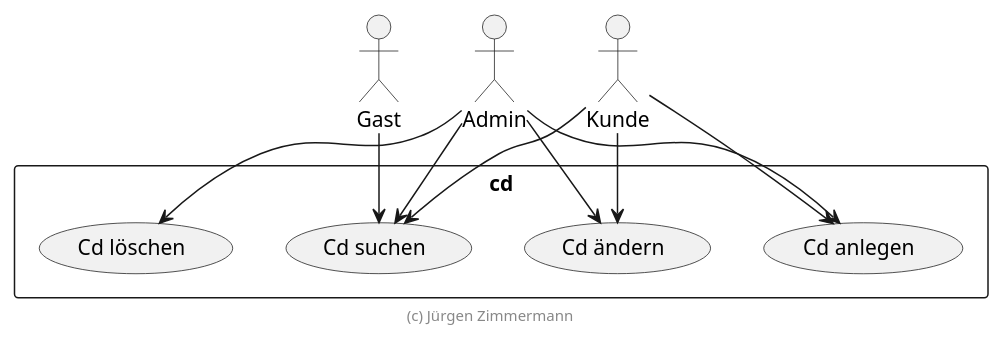
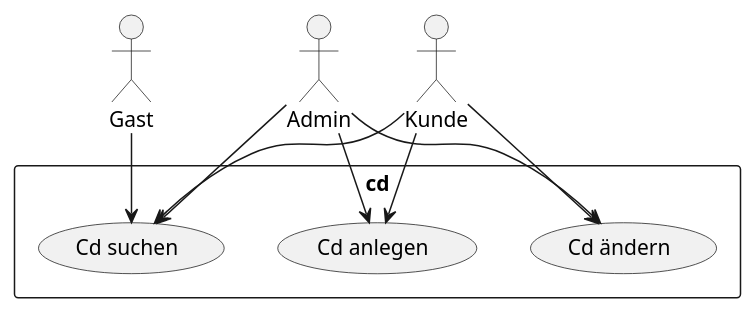
Before and after one commit to abda1014/cd: the diagram in .extras/doc/projekthandbuch/use-cases.plantuml, drawn with PlantUML. The commit also changed 39 other files, not shown here.

```diff
--- a/.extras/doc/projekthandbuch/use-cases.plantuml
+++ b/.extras/doc/projekthandbuch/use-cases.plantuml
@@ -18,20 +18,18 @@
 @startuml Use Cases
 
 actor Gast
 actor Admin
 actor Kunde
 
 rectangle cd {
     Gast --> (Cd suchen)
     Admin --> (Cd suchen)
     Admin --> (Cd anlegen)
     Admin --> (Cd ändern)
-    Admin --> (Cd löschen)
     Kunde --> (Cd suchen)
     Kunde --> (Cd anlegen)
     Kunde --> (Cd ändern)
 }
 
-footer (c) Jürgen Zimmermann
 
 @enduml
```
